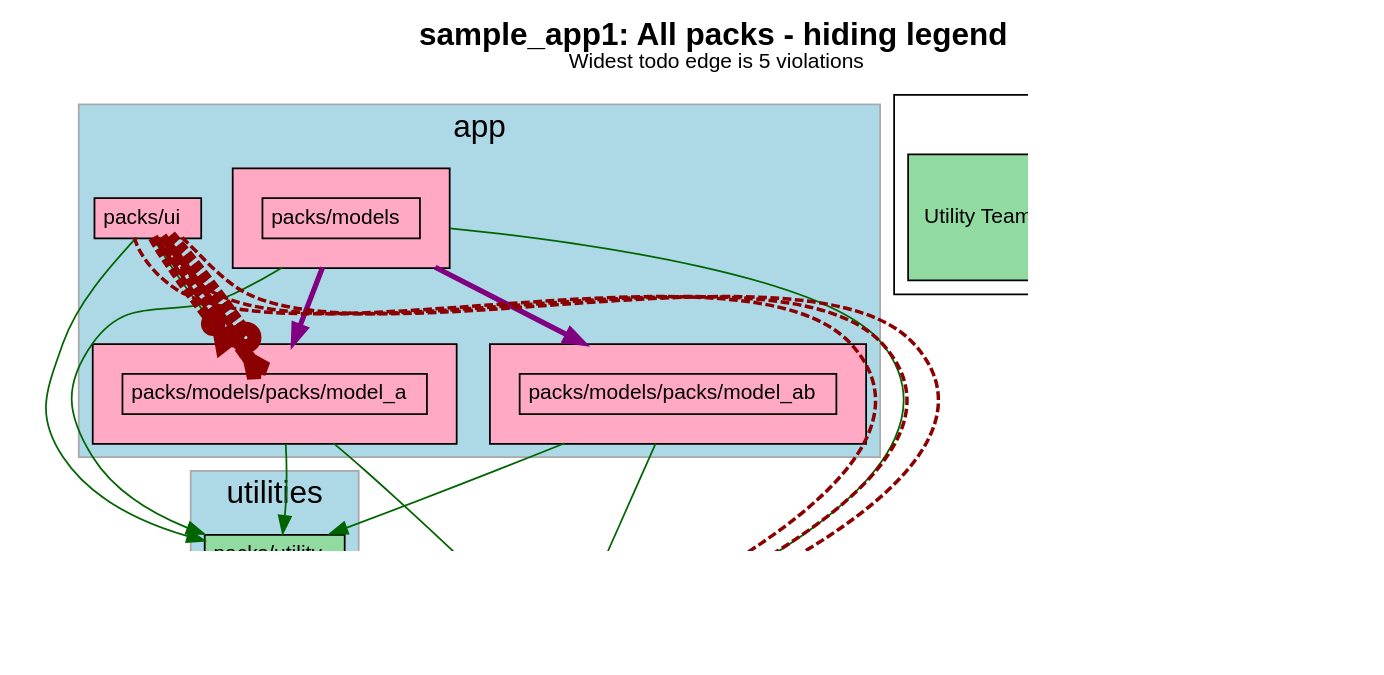
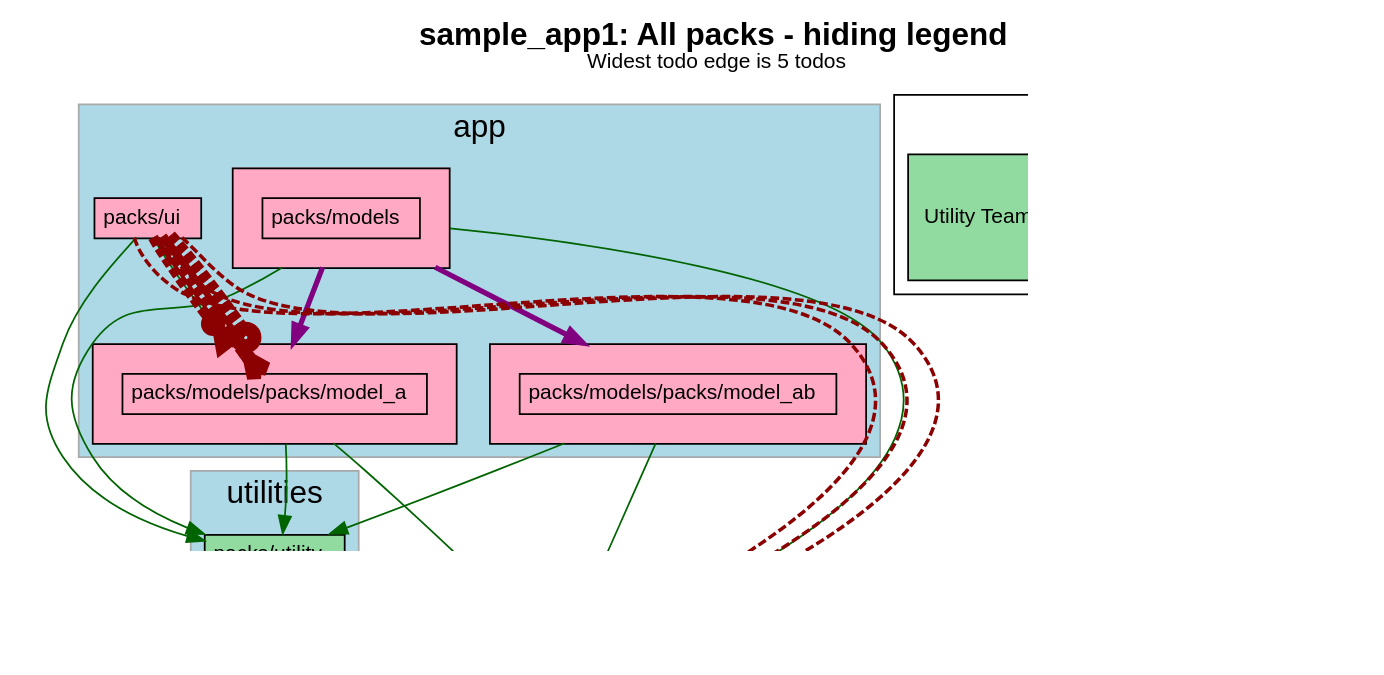
Before and after one commit to rubyatscale/visualize_packs: the diagram in spec/sample_app1/test_output/no_legend.dot, drawn with Graphviz. The commit also changed 16 other files, not shown here.

First line of the commit message:
Cleanup usage of todos vs violations (#34)

```diff
--- a/spec/sample_app1/test_output/no_legend.dot
+++ b/spec/sample_app1/test_output/no_legend.dot
@@ -5,7 +5,7 @@
     fontname="Helvetica,Arial,sans-serif"
     dpi=100
     layout=dot
-    label=<<b>sample_app1: All packs - hiding legend</b><br/><font point-size='12'>Widest todo edge is 5 violations</font>>
+    label=<<b>sample_app1: All packs - hiding legend</b><br/><font point-size='12'>Widest todo edge is 5 todos</font>>
     fontsize=18
   ]
   node [
```
